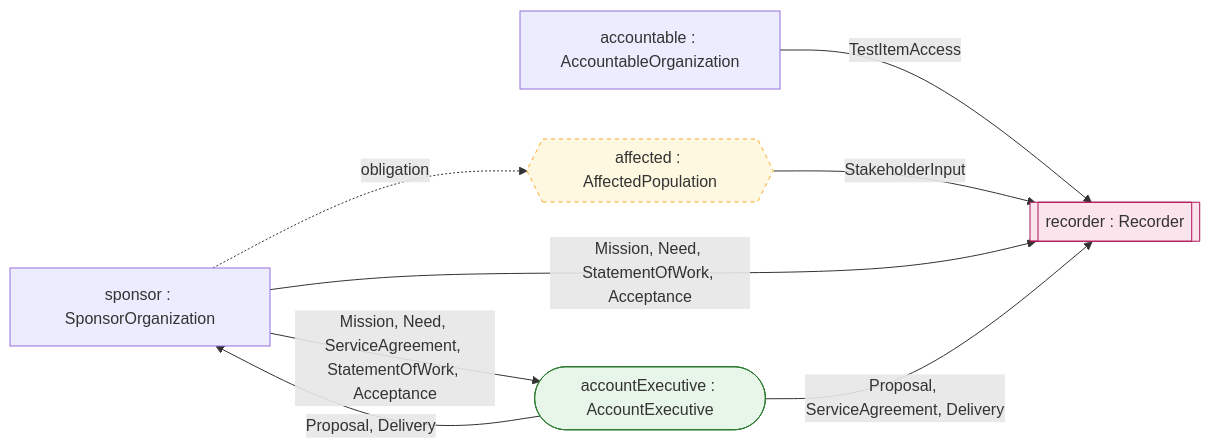
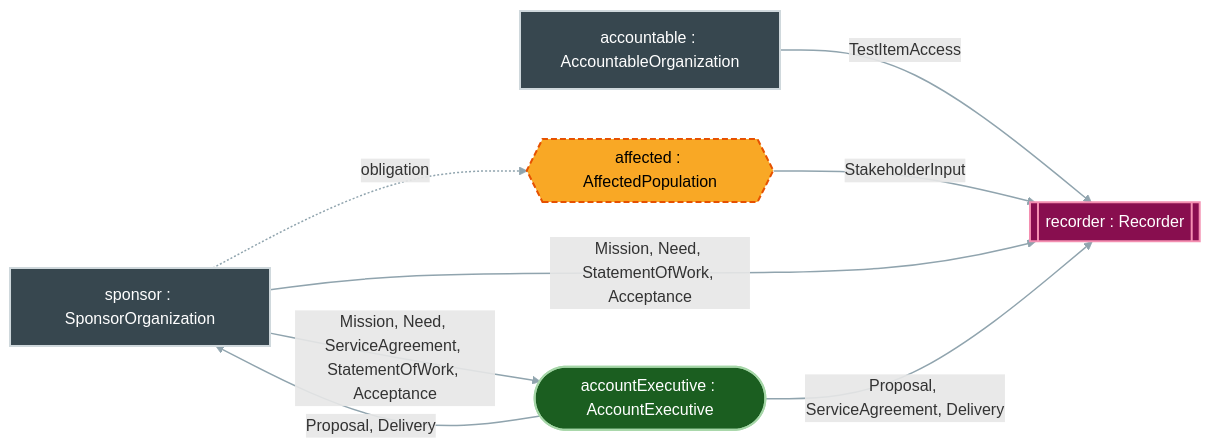
The diagram in generated/wiring-contracting.md (DynamicalSystemsGroup/og-caie-spec), drawn with Mermaid before and after one commit. The commit also changed 5 other files, not shown here.

````diff
--- a/generated/wiring-contracting.md
+++ b/generated/wiring-contracting.md
@@ -1,21 +1,24 @@
 ```{mermaid}
 flowchart LR
   accountable["accountable : AccountableOrganization"]
   affected{{"affected : AffectedPopulation"}}
   sponsor["sponsor : SponsorOrganization"]
   testingOrg_accountExecutive(["accountExecutive : AccountExecutive"])
   testingOrg_recorder[["recorder : Recorder"]]
   accountable -- "TestItemAccess" --> testingOrg_recorder
   affected -- "StakeholderInput" --> testingOrg_recorder
   sponsor -- "Mission, Need, ServiceAgreement, StatementOfWork, Acceptance" --> testingOrg_accountExecutive
   sponsor -- "Mission, Need, StatementOfWork, Acceptance" --> testingOrg_recorder
   testingOrg_accountExecutive -- "Proposal, Delivery" --> sponsor
   testingOrg_accountExecutive -- "Proposal, ServiceAgreement, Delivery" --> testingOrg_recorder
   sponsor -. "obligation" .-> affected
-  classDef person fill:#e8f5e9,stroke:#2e7d32;
-  classDef machine fill:#fce4ec,stroke:#ad1457;
-  classDef party fill:#fff8e1,stroke:#f9a825,stroke-dasharray: 4 4;
+  classDef person fill:#1b5e20,stroke:#a5d6a7,stroke-width:2px,color:#ffffff;
+  classDef machine fill:#880e4f,stroke:#f48fb1,stroke-width:2px,color:#ffffff;
+  classDef party fill:#f9a825,stroke:#e65100,stroke-width:2px,stroke-dasharray: 6 3,color:#000000;
+  classDef organization fill:#37474f,stroke:#cfd8dc,stroke-width:2px,color:#ffffff;
+  linkStyle default stroke:#90a4ae,stroke-width:1.5px;
   class testingOrg_accountExecutive person;
   class testingOrg_recorder machine;
   class affected party;
+  class accountable,sponsor organization;
 ```
````
